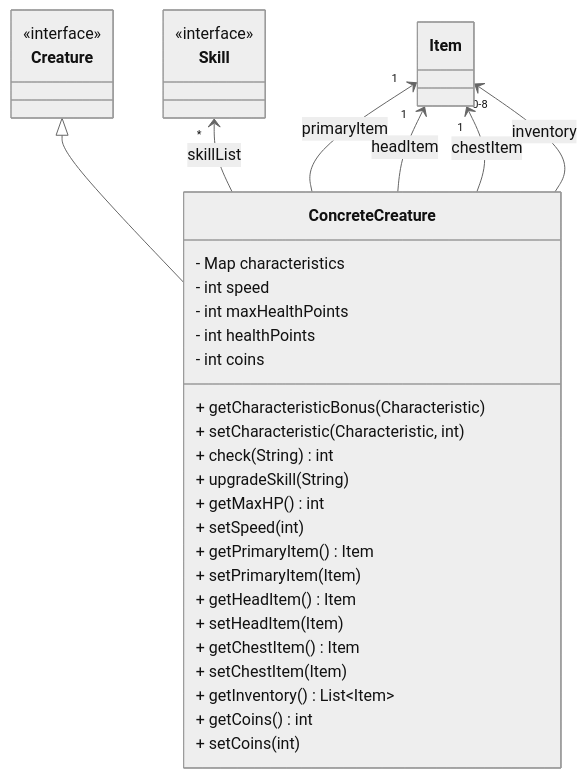
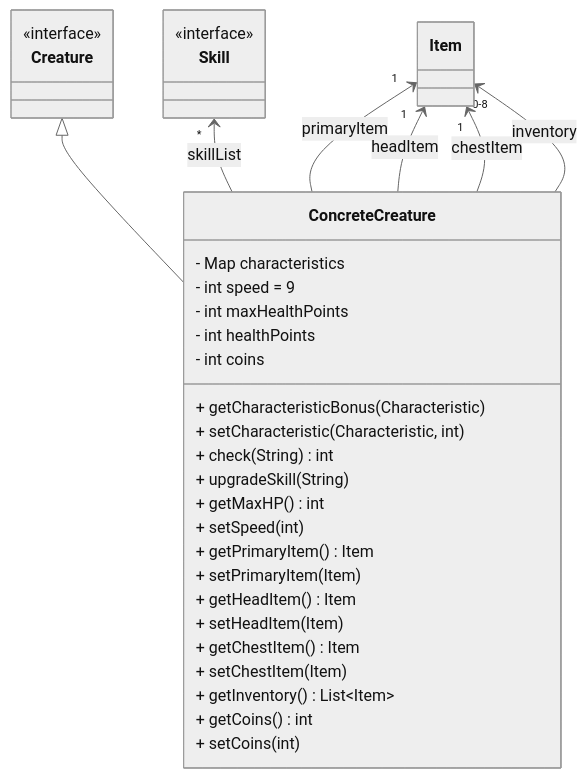
Before and after one commit to StrangeClone/GreatGame: diagram 11 of 37 in documentation/Version_0_1.md, drawn with Mermaid (neutral theme). The commit also changed other lines of this file and 5 other files, not shown here.

````diff
--- a/documentation/Version_0_1.md
+++ b/documentation/Version_0_1.md
@@ -425,37 +436,37 @@
 ```mermaid
 classDiagram
     class Creature {
         <<interface>>
     }
     class Skill {
         <<interface>>
     }
     class ConcreteCreature {
         - Map<Characteristic,int> characteristics
-        - int speed
+        - int speed = 9
         - int maxHealthPoints
         - int healthPoints
         - int coins
         + getCharacteristicBonus(Characteristic)
         + setCharacteristic(Characteristic, int)
         + check(String) int
         + upgradeSkill(String)
         + getMaxHP() int
         + setSpeed(int)
         + getPrimaryItem() Item
         + setPrimaryItem(Item)
         + getHeadItem() Item
         + setHeadItem(Item)
         + getChestItem() Item
         + setChestItem(Item)
         + getInventory() List~Item~
         + getCoins() int
         + setCoins(int)
     }
     Creature <|-- ConcreteCreature
     Skill "*" <-- ConcreteCreature : skillList
     Item "1" <-- ConcreteCreature : primaryItem
     Item "1" <-- ConcreteCreature : headItem
     Item "1" <-- ConcreteCreature : chestItem
     Item "0-8" <-- ConcreteCreature : inventory
 ```
````
